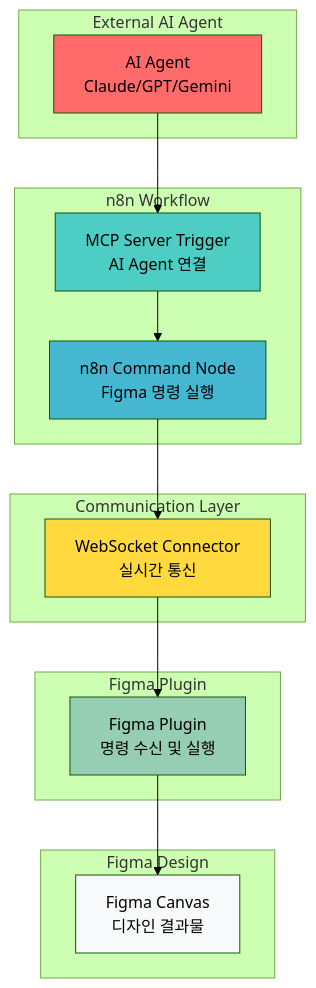
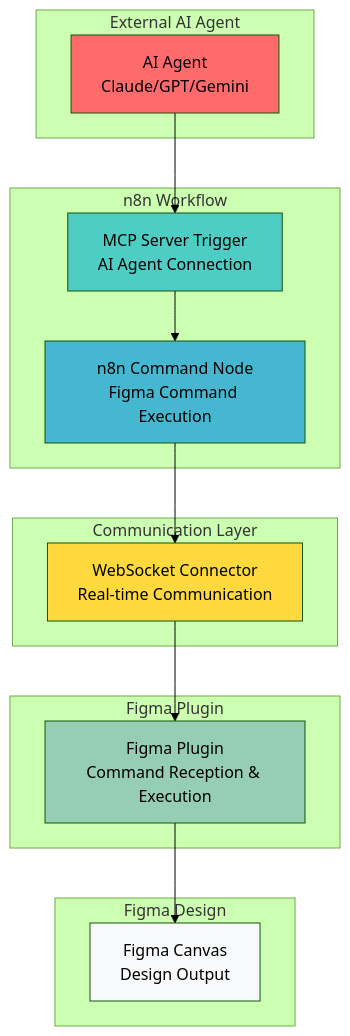
The first of 3 diagrams in README.md (dandacompany/figma-plugin-figmation), drawn with Mermaid (forest theme) before and after one commit. The commit also changed 1 other file, not shown here.

Commit message:
feat: Added group creation and font search functions
- Added 'create_group' command to support node grouping
- Added 'search_available_fonts' command to implement font search function
- Improved fallback font logic and added debugging logs when loading fonts
- Improved error handling and user feedback throughout the code

````diff
--- a/README.md
+++ b/README.md
@@ -7,36 +7,36 @@
 ```mermaid
 graph TB
     subgraph "External AI Agent"
         A[AI Agent<br/>Claude/GPT/Gemini]
     end
-    
+
     subgraph "n8n Workflow"
-        B[MCP Server Trigger<br/>AI Agent 연결]
-        C[n8n Command Node<br/>Figma 명령 실행]
+        B[MCP Server Trigger<br/>AI Agent Connection]
+        C[n8n Command Node<br/>Figma Command Execution]
     end
-    
+
     subgraph "Communication Layer"
-        D[WebSocket Connector<br/>실시간 통신]
+        D[WebSocket Connector<br/>Real-time Communication]
     end
-    
+
     subgraph "Figma Plugin"
-        E[Figma Plugin<br/>명령 수신 및 실행]
+        E[Figma Plugin<br/>Command Reception & Execution]
     end
-    
+
     subgraph "Figma Design"
-        F[Figma Canvas<br/>디자인 결과물]
+        F[Figma Canvas<br/>Design Output]
     end
     
     A --> B
     B --> C
     C --> D
     D --> E
     E --> F
     
     style A fill:#ff6b6b
     style B fill:#4ecdc4
     style C fill:#45b7d1
     style D fill:#ffd93d
     style E fill:#96ceb4
     style F fill:#f8f9fa
 ```
````
